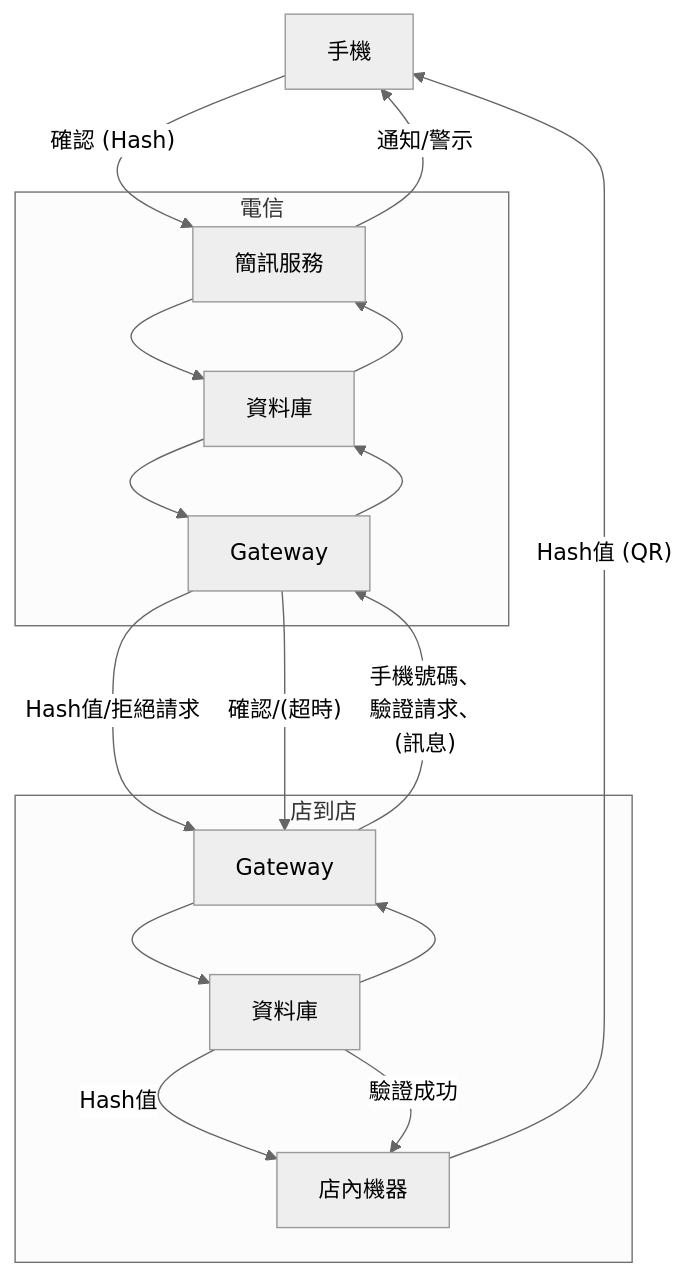
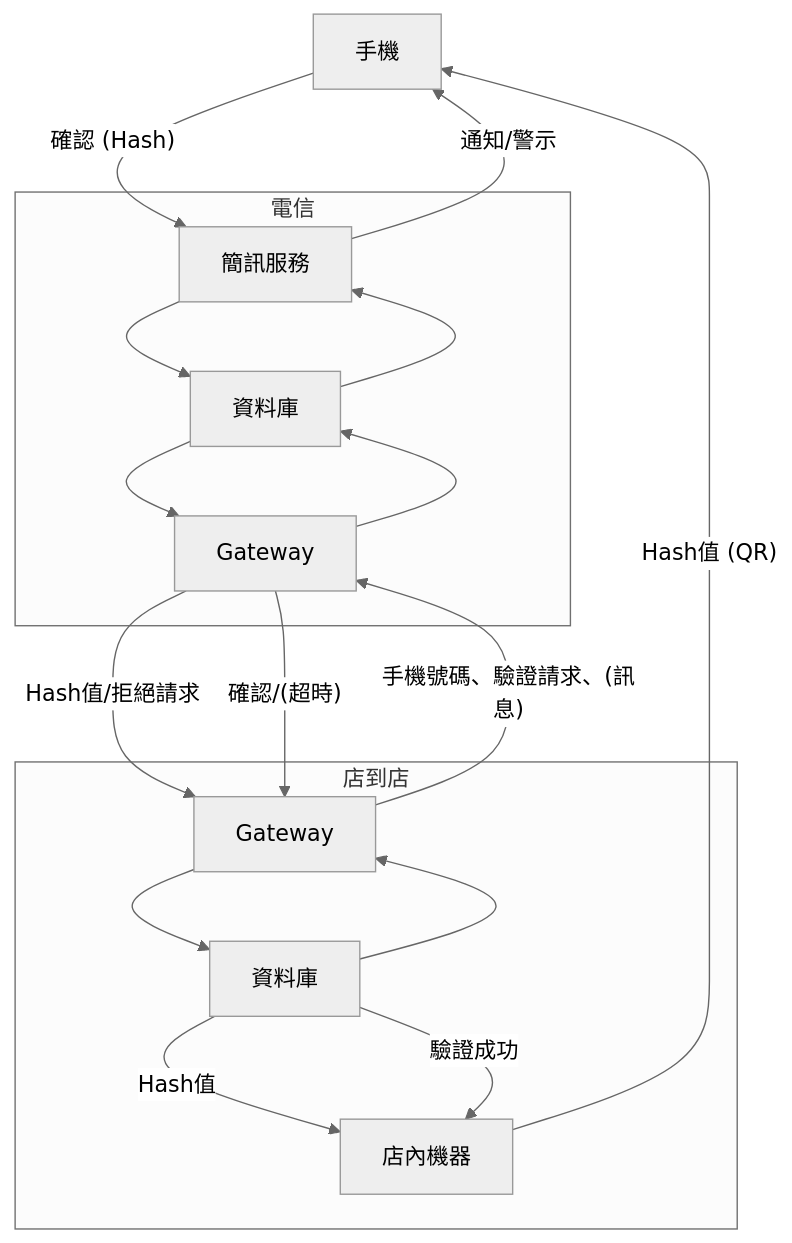
The first of 3 diagrams in README.md (Typas/pcs-final-project), drawn with Mermaid (neutral theme) before and after one commit.

````diff
--- a/README.md
+++ b/README.md
@@ -5,35 +5,35 @@
 ```mermaid
 flowchart TB
     Phone["手機"]
     
     subgraph TelecomCloud["電信"]
         TelecomGW[Gateway]
         TelecomDB["資料庫"]
         SMS["簡訊服務"]
     end
     
     subgraph EnterpriseCloud["店到店"]
         EnterpriseGW[Gateway]
         EnterpriseDB["資料庫"]
         Terminal["店內機器"]
     end
     
-    EnterpriseGW -->|"手機號碼、\n驗證請求、\n(訊息)"| TelecomGW
+    EnterpriseGW -->|"手機號碼、驗證請求、(訊息)"| TelecomGW
     TelecomGW -->|"Hash值/拒絕請求"| EnterpriseGW
     TelecomGW --> TelecomDB
     TelecomDB --> TelecomGW
     TelecomDB --> SMS
     SMS --> TelecomDB
     
     TelecomGW -->|"確認/(超時)"| EnterpriseGW
     
     EnterpriseGW --> EnterpriseDB
     EnterpriseDB --> EnterpriseGW
     EnterpriseDB --> |"Hash值"| Terminal
     EnterpriseDB --> |"驗證成功"| Terminal
 
     Terminal --> |"Hash值 (QR)"| Phone
     
     SMS -->|"通知/警示"| Phone
     Phone -->|"確認 (Hash)"| SMS
 ```
````
